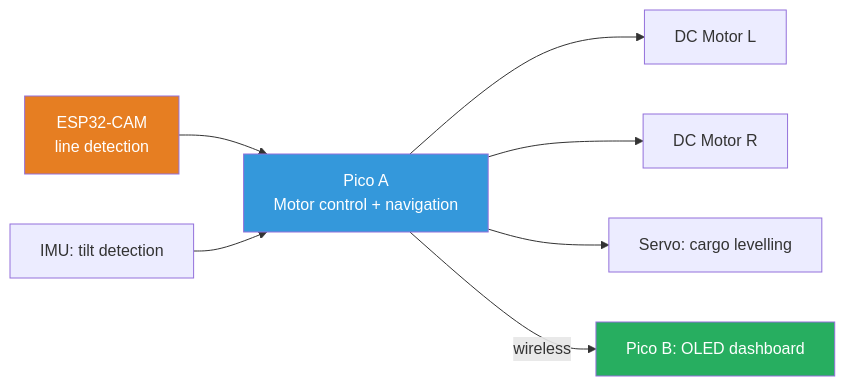
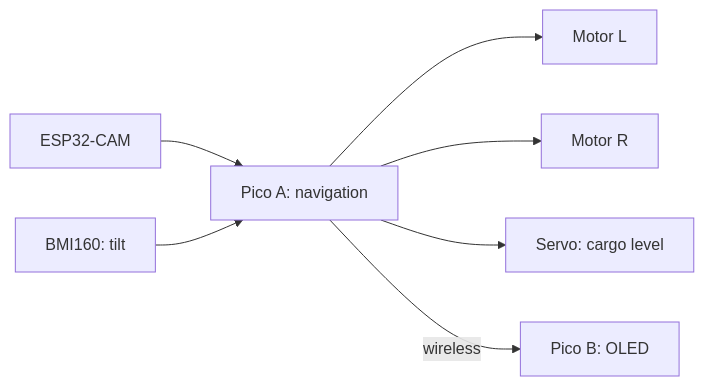
Before and after one commit to doyun-gu/hack-a-bot-2026: diagram 12 of 13 in docs/idea-shortlist-v2.md, drawn with Mermaid. The commit also changed other lines of this file and 3 other files, not shown here.

First line of the commit message:
Clean up diagrams + add EEE theory + ventilation application

````diff
--- a/docs/idea-shortlist-v2.md
+++ b/docs/idea-shortlist-v2.md
@@ -528,13 +477,9 @@
 ```mermaid
 graph LR
-    CAM["ESP32-CAM<br/>line detection"] --> PICO["Pico A<br/>Motor control + navigation"]
-    PICO --> ML["DC Motor L"]
-    PICO --> MR["DC Motor R"]
-    PICO --> SERVO["Servo: cargo levelling"]
-    IMU["IMU: tilt detection"] --> PICO
-    PICO -->|"wireless"| BASE["Pico B: OLED dashboard"]
-
-    style CAM fill:#e67e22,color:#fff
-    style PICO fill:#3498db,color:#fff
-    style BASE fill:#27ae60,color:#fff
+    CAM[ESP32-CAM] --> PICO[Pico A: navigation]
+    IMU[BMI160: tilt] --> PICO
+    PICO --> ML[Motor L]
+    PICO --> MR[Motor R]
+    PICO --> SERVO[Servo: cargo level]
+    PICO -->|wireless| BASE[Pico B: OLED]
 ```
````
